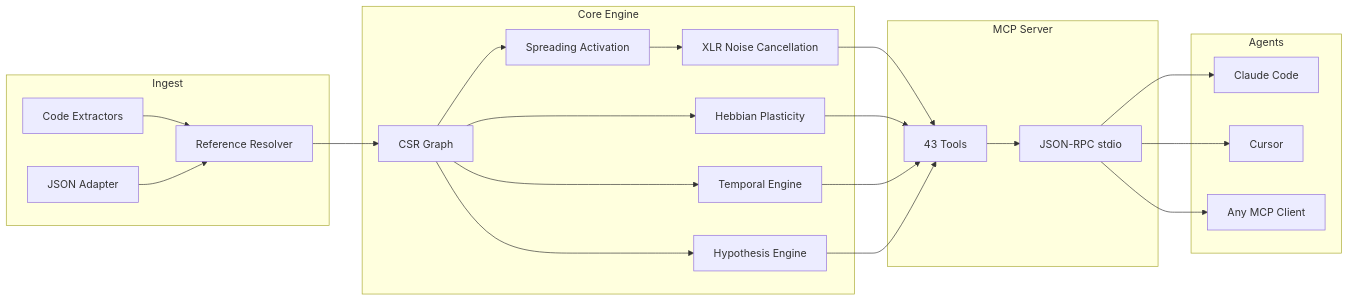
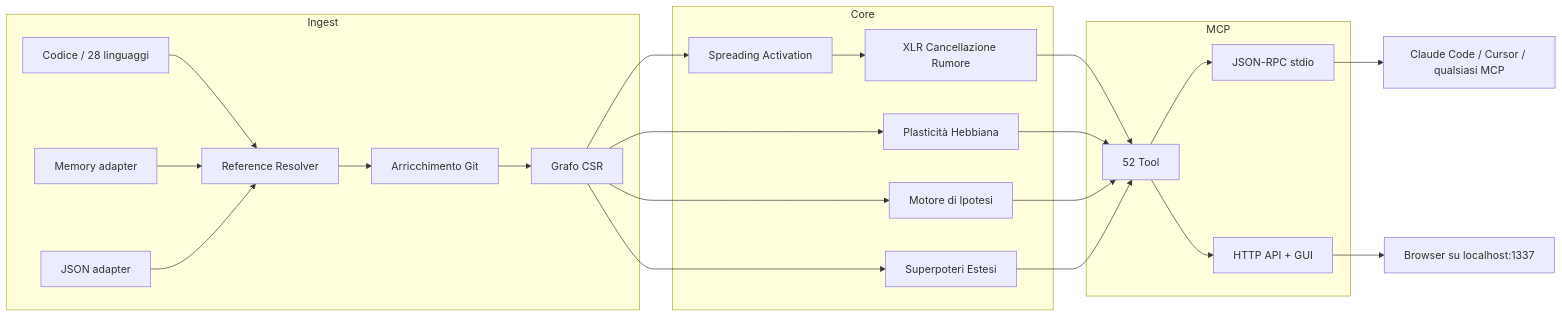
Before and after one commit to M1nd-Intelligence/m1nd: the diagram in README.it.md, drawn with Mermaid. The commit also changed other lines of this file and 2 other files, not shown here.

````diff
--- a/README.it.md
+++ b/README.it.md
@@ -236,27 +285,27 @@
 ```mermaid
 graph LR
     subgraph Ingest
-        A[Code Extractors] --> B[Reference Resolver]
-        C[JSON Adapter] --> B
+        A[Codice / 28 linguaggi] --> R[Reference Resolver]
+        MA[Memory adapter] --> R
+        JA[JSON adapter] --> R
+        R --> GD[Arricchimento Git]
+        GD --> G[Grafo CSR]
     end
-    subgraph Core Engine
-        B --> D[CSR Graph]
-        D --> E[Spreading Activation]
-        D --> F[Hebbian Plasticity]
-        D --> G[Temporal Engine]
-        D --> H[Hypothesis Engine]
-        E --> I[XLR Noise Cancellation]
+    subgraph Core
+        G --> SA[Spreading Activation]
+        G --> HP[Plasticità Hebbiana]
+        G --> HY[Motore di Ipotesi]
+        G --> SX[Superpoteri Estesi]
+        SA --> XLR[XLR Cancellazione Rumore]
     end
-    subgraph MCP Server
-        I --> J[43 Tools]
-        F --> J
-        G --> J
-        H --> J
-        J --> K[JSON-RPC stdio]
+    subgraph MCP
+        XLR --> T[52 Tool]
+        HP --> T
+        HY --> T
+        SX --> T
+        T --> IO[JSON-RPC stdio]
+        T --> HTTP[HTTP API + GUI]
     end
-    subgraph Agents
-        K --> L[Claude Code]
-        K --> M[Cursor]
-        K --> N[Any MCP Client]
-    end
+    IO --> C[Claude Code / Cursor / qualsiasi MCP]
+    HTTP --> B[Browser su localhost:1337]
 ```
````
